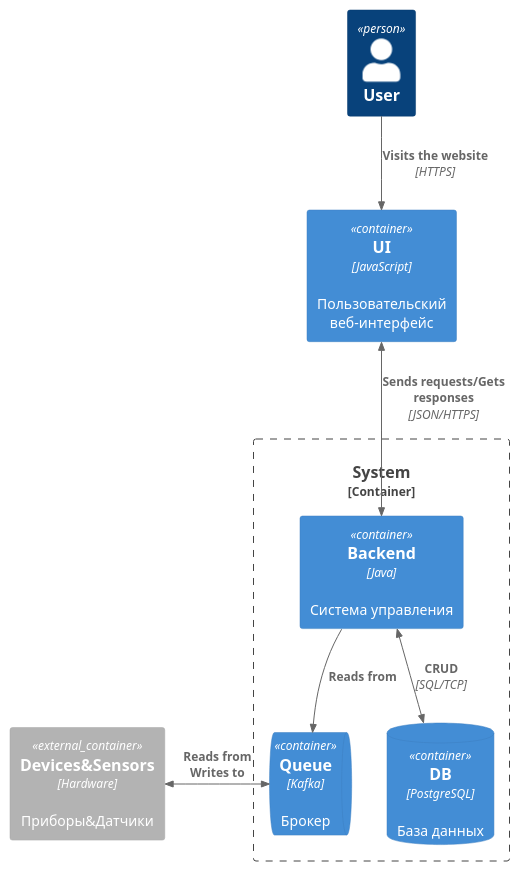
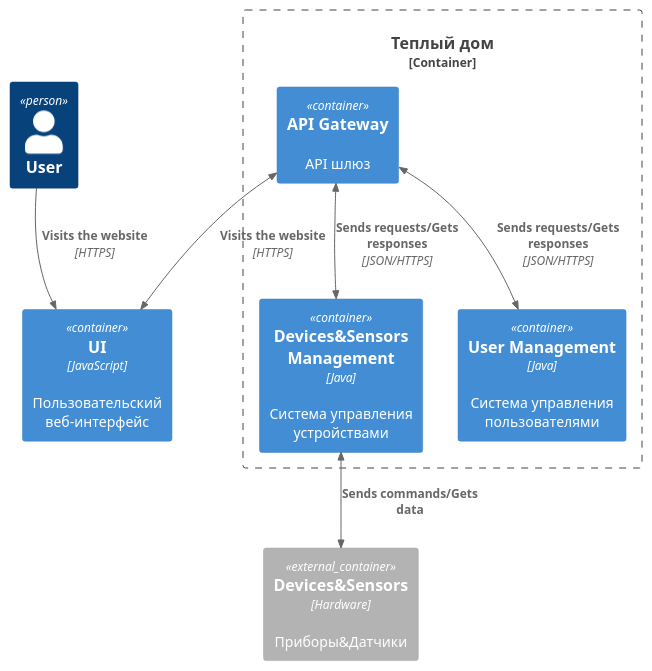
One commit to kvrasuli/architecture-sprint-3 changed the diagram in diagrams/container.puml. Above: the diagram before and after it, drawn with PlantUML. The commit also changed 5 other files, not shown here.

Commit message:
Fix diagrams

```diff
--- a/diagrams/container.puml
+++ b/diagrams/container.puml
@@ -1,19 +1,21 @@
 @startuml C4_Elements
 !include https://raw.githubusercontent.com/plantuml-stdlib/C4-PlantUML/master/C4_Container.puml
 
 Person(personAlias, "User")
 Container(ui, "UI", "JavaScript", "Пользовательский веб-интерфейс")
-Container_Boundary(system, 'System') {
-    Container(backend, "Backend", "Java", "Система управления")
-    ContainerDb(db, "DB", "PostgreSQL", "База данных")
-    ContainerQueue(queue, "Queue", "Kafka", "Брокер")
+Container_Boundary(system, 'Теплый дом') {
+    Container(api_gw, "API Gateway", "", "API шлюз")
+    Container(ds_management, "Devices&Sensors Management", "Java", "Система управления устройствами")
+    Container(user_management, "User Management", "Java", "Система управления пользователями")
 }
 Container_Ext(devices_sensors, "Devices&Sensors", "Hardware", "Приборы&Датчики")
 
 Rel(personAlias, ui, "Visits the website", "HTTPS")
-BiRel(ui, backend, "Sends requests/Gets responses", "JSON/HTTPS")
-Rel(backend, queue, "Reads from", "")
-BiRel(backend, db, "CRUD", "SQL/TCP")
-BiRel_R(devices_sensors, queue, "Reads from\nWrites to", "")
+BiRel(api_gw, ui, "Visits the website", "HTTPS")
+BiRel(api_gw, ds_management, "Sends requests/Gets responses", "JSON/HTTPS")
+BiRel(ds_management, devices_sensors, "Sends commands/Gets data")
+BiRel(api_gw, user_management, "Sends requests/Gets responses", "JSON/HTTPS")
+
+
 
 @enduml
```
